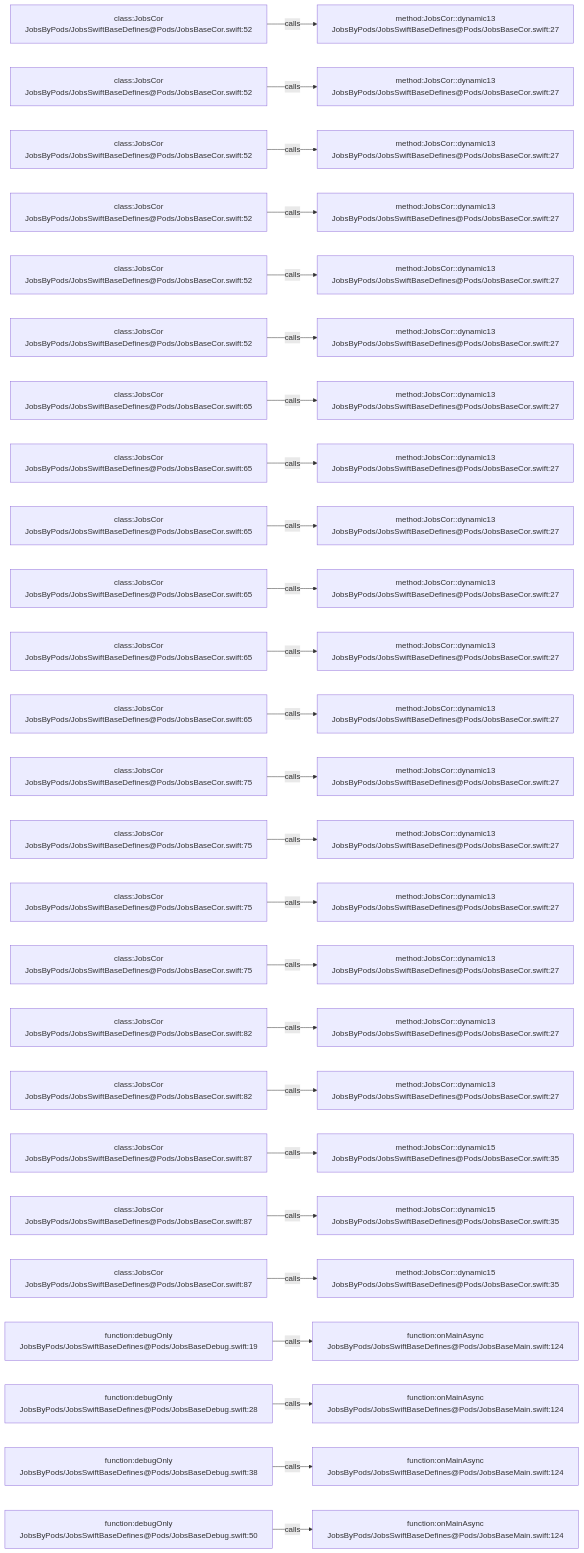
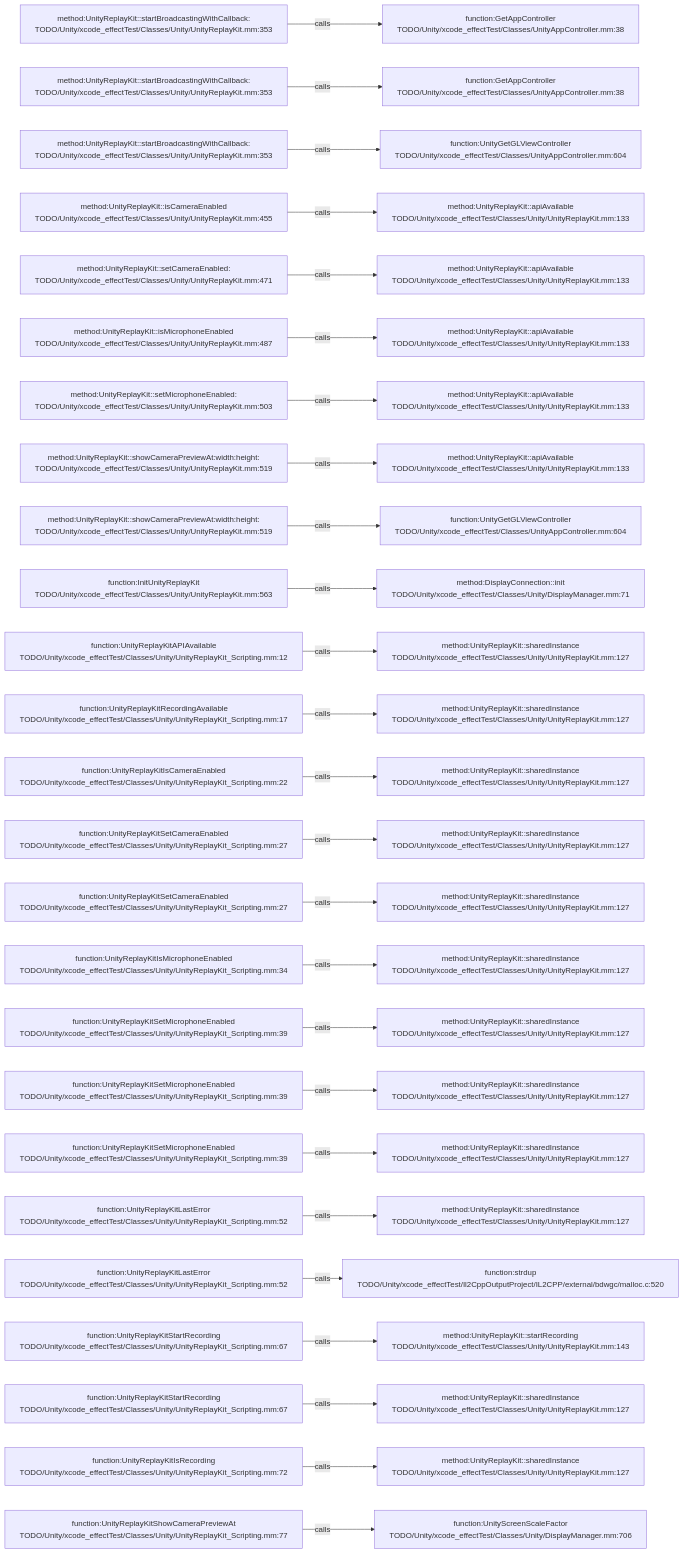
One commit to JobsKits/JobsSwiftBaseConfigDemo changed the diagram in .codegraph/codegraph.md/graphs/calls-043.md. Above: the diagram before and after it, drawn with Mermaid. The commit also changed 227 other files, not shown here.

````diff
--- a/.codegraph/codegraph.md/graphs/calls-043.md
+++ b/.codegraph/codegraph.md/graphs/calls-043.md
@@ -13,78 +13,78 @@
 ```mermaid
 flowchart LR
-  S1["class:JobsCor<br/>JobsByPods/JobsSwiftBaseDefines@Pods/JobsBaseCor.swift:52"]
-  T1["method:JobsCor::dynamic13<br/>JobsByPods/JobsSwiftBaseDefines@Pods/JobsBaseCor.swift:27"]
+  S1["method:UnityReplayKit::startBroadcastingWithCallback:<br/>TODO/Unity/xcode_effectTest/Classes/Unity/UnityReplayKit.mm:353"]
+  T1["function:GetAppController<br/>TODO/Unity/xcode_effectTest/Classes/UnityAppController.mm:38"]
   S1 -->|calls| T1
-  S2["class:JobsCor<br/>JobsByPods/JobsSwiftBaseDefines@Pods/JobsBaseCor.swift:52"]
-  T2["method:JobsCor::dynamic13<br/>JobsByPods/JobsSwiftBaseDefines@Pods/JobsBaseCor.swift:27"]
+  S2["method:UnityReplayKit::startBroadcastingWithCallback:<br/>TODO/Unity/xcode_effectTest/Classes/Unity/UnityReplayKit.mm:353"]
+  T2["function:GetAppController<br/>TODO/Unity/xcode_effectTest/Classes/UnityAppController.mm:38"]
   S2 -->|calls| T2
-  S3["class:JobsCor<br/>JobsByPods/JobsSwiftBaseDefines@Pods/JobsBaseCor.swift:52"]
-  T3["method:JobsCor::dynamic13<br/>JobsByPods/JobsSwiftBaseDefines@Pods/JobsBaseCor.swift:27"]
+  S3["method:UnityReplayKit::startBroadcastingWithCallback:<br/>TODO/Unity/xcode_effectTest/Classes/Unity/UnityReplayKit.mm:353"]
+  T3["function:UnityGetGLViewController<br/>TODO/Unity/xcode_effectTest/Classes/UnityAppController.mm:604"]
   S3 -->|calls| T3
-  S4["class:JobsCor<br/>JobsByPods/JobsSwiftBaseDefines@Pods/JobsBaseCor.swift:52"]
-  T4["method:JobsCor::dynamic13<br/>JobsByPods/JobsSwiftBaseDefines@Pods/JobsBaseCor.swift:27"]
+  S4["method:UnityReplayKit::isCameraEnabled<br/>TODO/Unity/xcode_effectTest/Classes/Unity/UnityReplayKit.mm:455"]
+  T4["method:UnityReplayKit::apiAvailable<br/>TODO/Unity/xcode_effectTest/Classes/Unity/UnityReplayKit.mm:133"]
   S4 -->|calls| T4
-  S5["class:JobsCor<br/>JobsByPods/JobsSwiftBaseDefines@Pods/JobsBaseCor.swift:52"]
-  T5["method:JobsCor::dynamic13<br/>JobsByPods/JobsSwiftBaseDefines@Pods/JobsBaseCor.swift:27"]
+  S5["method:UnityReplayKit::setCameraEnabled:<br/>TODO/Unity/xcode_effectTest/Classes/Unity/UnityReplayKit.mm:471"]
+  T5["method:UnityReplayKit::apiAvailable<br/>TODO/Unity/xcode_effectTest/Classes/Unity/UnityReplayKit.mm:133"]
   S5 -->|calls| T5
-  S6["class:JobsCor<br/>JobsByPods/JobsSwiftBaseDefines@Pods/JobsBaseCor.swift:52"]
-  T6["method:JobsCor::dynamic13<br/>JobsByPods/JobsSwiftBaseDefines@Pods/JobsBaseCor.swift:27"]
+  S6["method:UnityReplayKit::isMicrophoneEnabled<br/>TODO/Unity/xcode_effectTest/Classes/Unity/UnityReplayKit.mm:487"]
+  T6["method:UnityReplayKit::apiAvailable<br/>TODO/Unity/xcode_effectTest/Classes/Unity/UnityReplayKit.mm:133"]
   S6 -->|calls| T6
-  S7["class:JobsCor<br/>JobsByPods/JobsSwiftBaseDefines@Pods/JobsBaseCor.swift:65"]
-  T7["method:JobsCor::dynamic13<br/>JobsByPods/JobsSwiftBaseDefines@Pods/JobsBaseCor.swift:27"]
+  S7["method:UnityReplayKit::setMicrophoneEnabled:<br/>TODO/Unity/xcode_effectTest/Classes/Unity/UnityReplayKit.mm:503"]
+  T7["method:UnityReplayKit::apiAvailable<br/>TODO/Unity/xcode_effectTest/Classes/Unity/UnityReplayKit.mm:133"]
   S7 -->|calls| T7
-  S8["class:JobsCor<br/>JobsByPods/JobsSwiftBaseDefines@Pods/JobsBaseCor.swift:65"]
-  T8["method:JobsCor::dynamic13<br/>JobsByPods/JobsSwiftBaseDefines@Pods/JobsBaseCor.swift:27"]
+  S8["method:UnityReplayKit::showCameraPreviewAt:width:height:<br/>TODO/Unity/xcode_effectTest/Classes/Unity/UnityReplayKit.mm:519"]
+  T8["method:UnityReplayKit::apiAvailable<br/>TODO/Unity/xcode_effectTest/Classes/Unity/UnityReplayKit.mm:133"]
   S8 -->|calls| T8
-  S9["class:JobsCor<br/>JobsByPods/JobsSwiftBaseDefines@Pods/JobsBaseCor.swift:65"]
-  T9["method:JobsCor::dynamic13<br/>JobsByPods/JobsSwiftBaseDefines@Pods/JobsBaseCor.swift:27"]
+  S9["method:UnityReplayKit::showCameraPreviewAt:width:height:<br/>TODO/Unity/xcode_effectTest/Classes/Unity/UnityReplayKit.mm:519"]
+  T9["function:UnityGetGLViewController<br/>TODO/Unity/xcode_effectTest/Classes/UnityAppController.mm:604"]
   S9 -->|calls| T9
-  S10["class:JobsCor<br/>JobsByPods/JobsSwiftBaseDefines@Pods/JobsBaseCor.swift:65"]
-  T10["method:JobsCor::dynamic13<br/>JobsByPods/JobsSwiftBaseDefines@Pods/JobsBaseCor.swift:27"]
+  S10["function:InitUnityReplayKit<br/>TODO/Unity/xcode_effectTest/Classes/Unity/UnityReplayKit.mm:563"]
+  T10["method:DisplayConnection::init<br/>TODO/Unity/xcode_effectTest/Classes/Unity/DisplayManager.mm:71"]
   S10 -->|calls| T10
-  S11["class:JobsCor<br/>JobsByPods/JobsSwiftBaseDefines@Pods/JobsBaseCor.swift:65"]
-  T11["method:JobsCor::dynamic13<br/>JobsByPods/JobsSwiftBaseDefines@Pods/JobsBaseCor.swift:27"]
+  S11["function:UnityReplayKitAPIAvailable<br/>TODO/Unity/xcode_effectTest/Classes/Unity/UnityReplayKit_Scripting.mm:12"]
+  T11["method:UnityReplayKit::sharedInstance<br/>TODO/Unity/xcode_effectTest/Classes/Unity/UnityReplayKit.mm:127"]
   S11 -->|calls| T11
-  S12["class:JobsCor<br/>JobsByPods/JobsSwiftBaseDefines@Pods/JobsBaseCor.swift:65"]
-  T12["method:JobsCor::dynamic13<br/>JobsByPods/JobsSwiftBaseDefines@Pods/JobsBaseCor.swift:27"]
+  S12["function:UnityReplayKitRecordingAvailable<br/>TODO/Unity/xcode_effectTest/Classes/Unity/UnityReplayKit_Scripting.mm:17"]
+  T12["method:UnityReplayKit::sharedInstance<br/>TODO/Unity/xcode_effectTest/Classes/Unity/UnityReplayKit.mm:127"]
   S12 -->|calls| T12
-  S13["class:JobsCor<br/>JobsByPods/JobsSwiftBaseDefines@Pods/JobsBaseCor.swift:75"]
-  T13["method:JobsCor::dynamic13<br/>JobsByPods/JobsSwiftBaseDefines@Pods/JobsBaseCor.swift:27"]
+  S13["function:UnityReplayKitIsCameraEnabled<br/>TODO/Unity/xcode_effectTest/Classes/Unity/UnityReplayKit_Scripting.mm:22"]
+  T13["method:UnityReplayKit::sharedInstance<br/>TODO/Unity/xcode_effectTest/Classes/Unity/UnityReplayKit.mm:127"]
   S13 -->|calls| T13
-  S14["class:JobsCor<br/>JobsByPods/JobsSwiftBaseDefines@Pods/JobsBaseCor.swift:75"]
-  T14["method:JobsCor::dynamic13<br/>JobsByPods/JobsSwiftBaseDefines@Pods/JobsBaseCor.swift:27"]
+  S14["function:UnityReplayKitSetCameraEnabled<br/>TODO/Unity/xcode_effectTest/Classes/Unity/UnityReplayKit_Scripting.mm:27"]
+  T14["method:UnityReplayKit::sharedInstance<br/>TODO/Unity/xcode_effectTest/Classes/Unity/UnityReplayKit.mm:127"]
   S14 -->|calls| T14
-  S15["class:JobsCor<br/>JobsByPods/JobsSwiftBaseDefines@Pods/JobsBaseCor.swift:75"]
-  T15["method:JobsCor::dynamic13<br/>JobsByPods/JobsSwiftBaseDefines@Pods/JobsBaseCor.swift:27"]
+  S15["function:UnityReplayKitSetCameraEnabled<br/>TODO/Unity/xcode_effectTest/Classes/Unity/UnityReplayKit_Scripting.mm:27"]
+  T15["method:UnityReplayKit::sharedInstance<br/>TODO/Unity/xcode_effectTest/Classes/Unity/UnityReplayKit.mm:127"]
   S15 -->|calls| T15
-  S16["class:JobsCor<br/>JobsByPods/JobsSwiftBaseDefines@Pods/JobsBaseCor.swift:75"]
-  T16["method:JobsCor::dynamic13<br/>JobsByPods/JobsSwiftBaseDefines@Pods/JobsBaseCor.swift:27"]
+  S16["function:UnityReplayKitIsMicrophoneEnabled<br/>TODO/Unity/xcode_effectTest/Classes/Unity/UnityReplayKit_Scripting.mm:34"]
+  T16["method:UnityReplayKit::sharedInstance<br/>TODO/Unity/xcode_effectTest/Classes/Unity/UnityReplayKit.mm:127"]
   S16 -->|calls| T16
-  S17["class:JobsCor<br/>JobsByPods/JobsSwiftBaseDefines@Pods/JobsBaseCor.swift:82"]
-  T17["method:JobsCor::dynamic13<br/>JobsByPods/JobsSwiftBaseDefines@Pods/JobsBaseCor.swift:27"]
+  S17["function:UnityReplayKitSetMicrophoneEnabled<br/>TODO/Unity/xcode_effectTest/Classes/Unity/UnityReplayKit_Scripting.mm:39"]
+  T17["method:UnityReplayKit::sharedInstance<br/>TODO/Unity/xcode_effectTest/Classes/Unity/UnityReplayKit.mm:127"]
   S17 -->|calls| T17
-  S18["class:JobsCor<br/>JobsByPods/JobsSwiftBaseDefines@Pods/JobsBaseCor.swift:82"]
-  T18["method:JobsCor::dynamic13<br/>JobsByPods/JobsSwiftBaseDefines@Pods/JobsBaseCor.swift:27"]
+  S18["function:UnityReplayKitSetMicrophoneEnabled<br/>TODO/Unity/xcode_effectTest/Classes/Unity/UnityReplayKit_Scripting.mm:39"]
+  T18["method:UnityReplayKit::sharedInstance<br/>TODO/Unity/xcode_effectTest/Classes/Unity/UnityReplayKit.mm:127"]
   S18 -->|calls| T18
-  S19["class:JobsCor<br/>JobsByPods/JobsSwiftBaseDefines@Pods/JobsBaseCor.swift:87"]
-  T19["method:JobsCor::dynamic15<br/>JobsByPods/JobsSwiftBaseDefines@Pods/JobsBaseCor.swift:35"]
+  S19["function:UnityReplayKitSetMicrophoneEnabled<br/>TODO/Unity/xcode_effectTest/Classes/Unity/UnityReplayKit_Scripting.mm:39"]
+  T19["method:UnityReplayKit::sharedInstance<br/>TODO/Unity/xcode_effectTest/Classes/Unity/UnityReplayKit.mm:127"]
   S19 -->|calls| T19
-  S20["class:JobsCor<br/>JobsByPods/JobsSwiftBaseDefines@Pods/JobsBaseCor.swift:87"]
-  T20["method:JobsCor::dynamic15<br/>JobsByPods/JobsSwiftBaseDefines@Pods/JobsBaseCor.swift:35"]
+  S20["function:UnityReplayKitLastError<br/>TODO/Unity/xcode_effectTest/Classes/Unity/UnityReplayKit_Scripting.mm:52"]
+  T20["method:UnityReplayKit::sharedInstance<br/>TODO/Unity/xcode_effectTest/Classes/Unity/UnityReplayKit.mm:127"]
   S20 -->|calls| T20
-  S21["class:JobsCor<br/>JobsByPods/JobsSwiftBaseDefines@Pods/JobsBaseCor.swift:87"]
-  T21["method:JobsCor::dynamic15<br/>JobsByPods/JobsSwiftBaseDefines@Pods/JobsBaseCor.swift:35"]
+  S21["function:UnityReplayKitLastError<br/>TODO/Unity/xcode_effectTest/Classes/Unity/UnityReplayKit_Scripting.mm:52"]
+  T21["function:strdup<br/>TODO/Unity/xcode_effectTest/Il2CppOutputProject/IL2CPP/external/bdwgc/malloc.c:520"]
   S21 -->|calls| T21
-  S22["function:debugOnly<br/>JobsByPods/JobsSwiftBaseDefines@Pods/JobsBaseDebug.swift:19"]
-  T22["function:onMainAsync<br/>JobsByPods/JobsSwiftBaseDefines@Pods/JobsBaseMain.swift:124"]
+  S22["function:UnityReplayKitStartRecording<br/>TODO/Unity/xcode_effectTest/Classes/Unity/UnityReplayKit_Scripting.mm:67"]
+  T22["method:UnityReplayKit::startRecording<br/>TODO/Unity/xcode_effectTest/Classes/Unity/UnityReplayKit.mm:143"]
   S22 -->|calls| T22
-  S23["function:debugOnly<br/>JobsByPods/JobsSwiftBaseDefines@Pods/JobsBaseDebug.swift:28"]
-  T23["function:onMainAsync<br/>JobsByPods/JobsSwiftBaseDefines@Pods/JobsBaseMain.swift:124"]
+  S23["function:UnityReplayKitStartRecording<br/>TODO/Unity/xcode_effectTest/Classes/Unity/UnityReplayKit_Scripting.mm:67"]
+  T23["method:UnityReplayKit::sharedInstance<br/>TODO/Unity/xcode_effectTest/Classes/Unity/UnityReplayKit.mm:127"]
   S23 -->|calls| T23
-  S24["function:debugOnly<br/>JobsByPods/JobsSwiftBaseDefines@Pods/JobsBaseDebug.swift:38"]
-  T24["function:onMainAsync<br/>JobsByPods/JobsSwiftBaseDefines@Pods/JobsBaseMain.swift:124"]
+  S24["function:UnityReplayKitIsRecording<br/>TODO/Unity/xcode_effectTest/Classes/Unity/UnityReplayKit_Scripting.mm:72"]
+  T24["method:UnityReplayKit::sharedInstance<br/>TODO/Unity/xcode_effectTest/Classes/Unity/UnityReplayKit.mm:127"]
   S24 -->|calls| T24
-  S25["function:debugOnly<br/>JobsByPods/JobsSwiftBaseDefines@Pods/JobsBaseDebug.swift:50"]
-  T25["function:onMainAsync<br/>JobsByPods/JobsSwiftBaseDefines@Pods/JobsBaseMain.swift:124"]
+  S25["function:UnityReplayKitShowCameraPreviewAt<br/>TODO/Unity/xcode_effectTest/Classes/Unity/UnityReplayKit_Scripting.mm:77"]
+  T25["function:UnityScreenScaleFactor<br/>TODO/Unity/xcode_effectTest/Classes/Unity/DisplayManager.mm:706"]
   S25 -->|calls| T25
 ```
````
